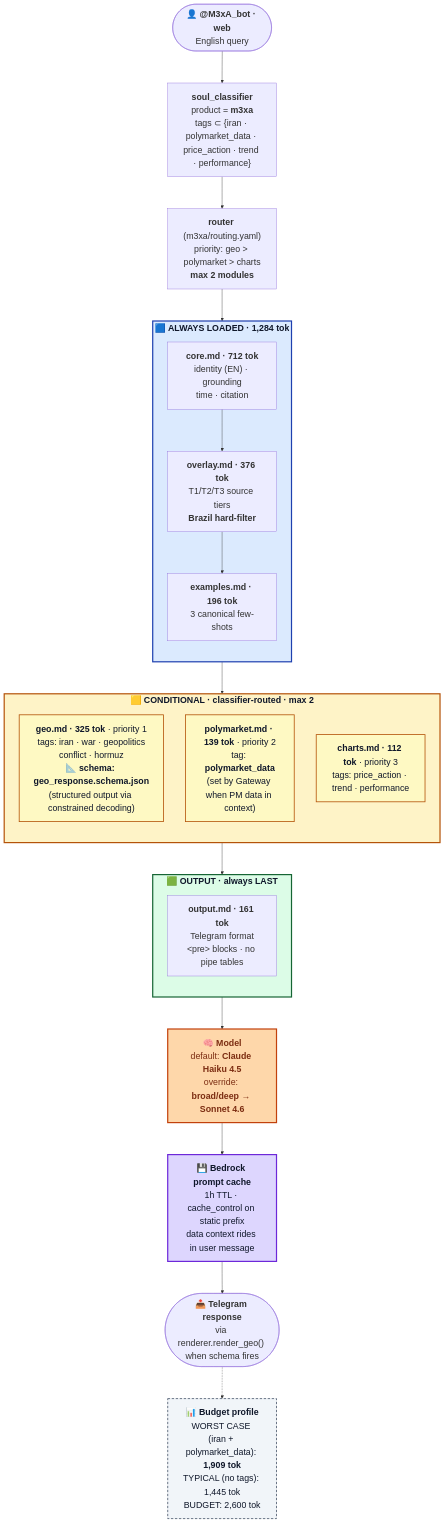
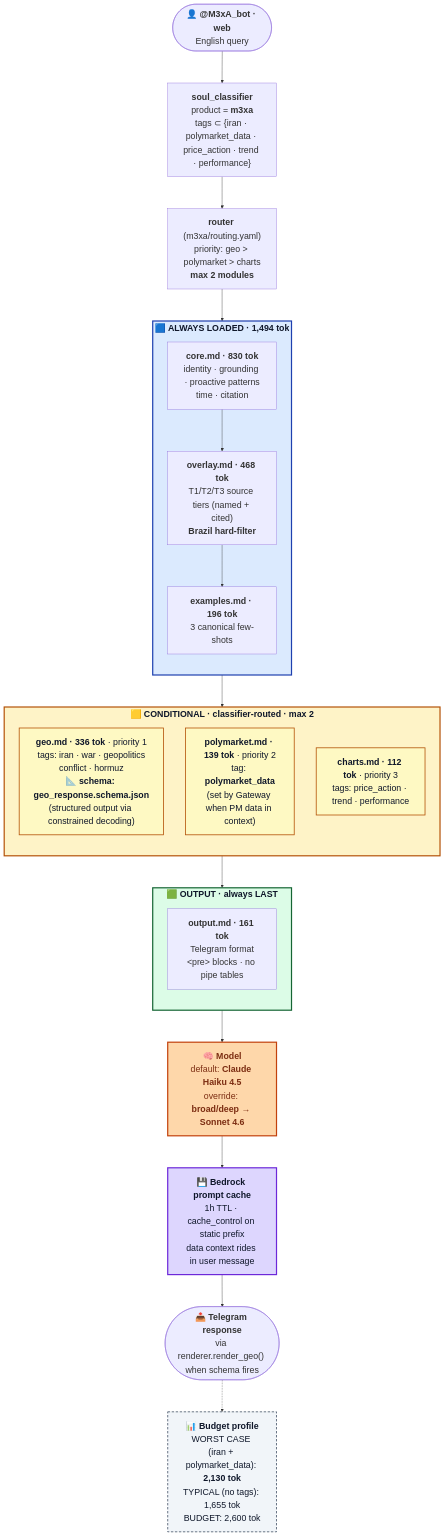
One commit to prcodex/version3- changed the second of 3 diagrams in README.md. Above: the diagram before and after it, drawn with Mermaid. The commit also changed other lines of this file and 5 other files, not shown here.

````diff
--- a/README.md
+++ b/README.md
@@ -109,56 +109,56 @@
 ```mermaid
 %%{init: {'theme': 'default', 'themeVariables': {'fontSize': '22px', 'fontFamily': 'Inter, system-ui, -apple-system, sans-serif'}, 'flowchart': {'htmlLabels': true, 'curve': 'basis', 'nodeSpacing': 55, 'rankSpacing': 80, 'padding': 18}}}%%
 flowchart TB
     BOT(["<b>👤 @M3xA_bot · web</b><br/>English query"]) --> CLS["<b>soul_classifier</b><br/>product = <b>m3xa</b><br/>tags ⊂ {iran · polymarket_data · price_action · trend · performance}"]
     CLS --> RTR["<b>router</b> (m3xa/routing.yaml)<br/>priority: geo &gt; polymarket &gt; charts<br/><b>max 2 modules</b>"]
 
-    subgraph ALWAYS["<b>🟦 ALWAYS LOADED · 1,284 tok</b>"]
+    subgraph ALWAYS["<b>🟦 ALWAYS LOADED · 1,494 tok</b>"]
         direction TB
-        A1["<b>core.md · 712 tok</b><br/>identity (EN) · grounding<br/>time · citation"]
-        A2["<b>overlay.md · 376 tok</b><br/>T1/T2/T3 source tiers<br/><b>Brazil hard-filter</b>"]
+        A1["<b>core.md · 830 tok</b><br/>identity · grounding · proactive patterns<br/>time · citation"]
+        A2["<b>overlay.md · 468 tok</b><br/>T1/T2/T3 source tiers (named + cited)<br/><b>Brazil hard-filter</b>"]
         A3["<b>examples.md · 196 tok</b><br/>3 canonical few-shots"]
         A1 --> A2 --> A3
     end
 
     subgraph COND["<b>🟨 CONDITIONAL · classifier-routed · max 2</b>"]
         direction TB
-        G["<b>geo.md · 325 tok</b> · priority 1<br/>tags: iran · war · geopolitics<br/>conflict · hormuz<br/><b>📐 schema: geo_response.schema.json</b><br/>(structured output via constrained decoding)"]
+        G["<b>geo.md · 336 tok</b> · priority 1<br/>tags: iran · war · geopolitics<br/>conflict · hormuz<br/><b>📐 schema: geo_response.schema.json</b><br/>(structured output via constrained decoding)"]
         P["<b>polymarket.md · 139 tok</b> · priority 2<br/>tag: <b>polymarket_data</b><br/>(set by Gateway when PM data in context)"]
         CH["<b>charts.md · 112 tok</b> · priority 3<br/>tags: price_action · trend · performance"]
     end
 
     subgraph OUTBLK["<b>🟩 OUTPUT · always LAST</b>"]
         direction TB
         OUT["<b>output.md · 161 tok</b><br/>Telegram format<br/>&lt;pre&gt; blocks · no pipe tables"]
     end
 
     RTR --> ALWAYS
     ALWAYS --> COND
     COND --> OUTBLK
     OUTBLK --> MODEL["<b>🧠 Model</b><br/>default: <b>Claude Haiku 4.5</b><br/>override: <b>broad/deep → Sonnet 4.6</b>"]
     MODEL --> CACHE["<b>💾 Bedrock prompt cache</b><br/>1h TTL · cache_control on static prefix<br/>data context rides in user message"]
     CACHE --> GEN(["<b>📤 Telegram response</b><br/>via renderer.render_geo() when schema fires"])
 
-    META["<b>📊 Budget profile</b><br/>WORST CASE (iran + polymarket_data): <b>1,909 tok</b><br/>TYPICAL (no tags): 1,445 tok<br/>BUDGET: 2,600 tok"]
+    META["<b>📊 Budget profile</b><br/>WORST CASE (iran + polymarket_data): <b>2,130 tok</b><br/>TYPICAL (no tags): 1,655 tok<br/>BUDGET: 2,600 tok"]
     GEN -.-> META
 
     click A1 "https://github.com/prcodex/version3-/blob/main/m3xa/souls/core.md" _blank
     click A2 "https://github.com/prcodex/version3-/blob/main/m3xa/souls/overlay.md" _blank
     click A3 "https://github.com/prcodex/version3-/blob/main/m3xa/souls/examples.md" _blank
     click G "https://github.com/prcodex/version3-/blob/main/m3xa/souls/modules/geo.md" _blank
     click P "https://github.com/prcodex/version3-/blob/main/m3xa/souls/modules/polymarket.md" _blank
     click CH "https://github.com/prcodex/version3-/blob/main/m3xa/souls/modules/charts.md" _blank
     click OUT "https://github.com/prcodex/version3-/blob/main/m3xa/souls/output.md" _blank
     click RTR "https://github.com/prcodex/version3-/blob/main/m3xa/routing.yaml" _blank
     click CLS "https://github.com/prcodex/version3-/blob/main/src/m3xa_souls/router.py" _blank
 
     style ALWAYS fill:#dbeafe,stroke:#1e40af,stroke-width:3px,color:#0f172a
     style COND fill:#fef3c7,stroke:#b45309,stroke-width:3px,color:#0f172a
     style OUTBLK fill:#dcfce7,stroke:#166534,stroke-width:3px,color:#0f172a
     style MODEL fill:#fed7aa,stroke:#c2410c,stroke-width:3px,color:#7c2d12
     style CACHE fill:#ddd6fe,stroke:#6d28d9,stroke-width:3px,color:#0f172a
     style META fill:#f1f5f9,stroke:#475569,stroke-width:2px,stroke-dasharray:6 4,color:#0f172a
     style G fill:#fef9c3,stroke:#b45309,stroke-width:2px,color:#0f172a
     style P fill:#fef9c3,stroke:#b45309,stroke-width:2px,color:#0f172a
     style CH fill:#fef9c3,stroke:#b45309,stroke-width:2px,color:#0f172a
 ```
````
